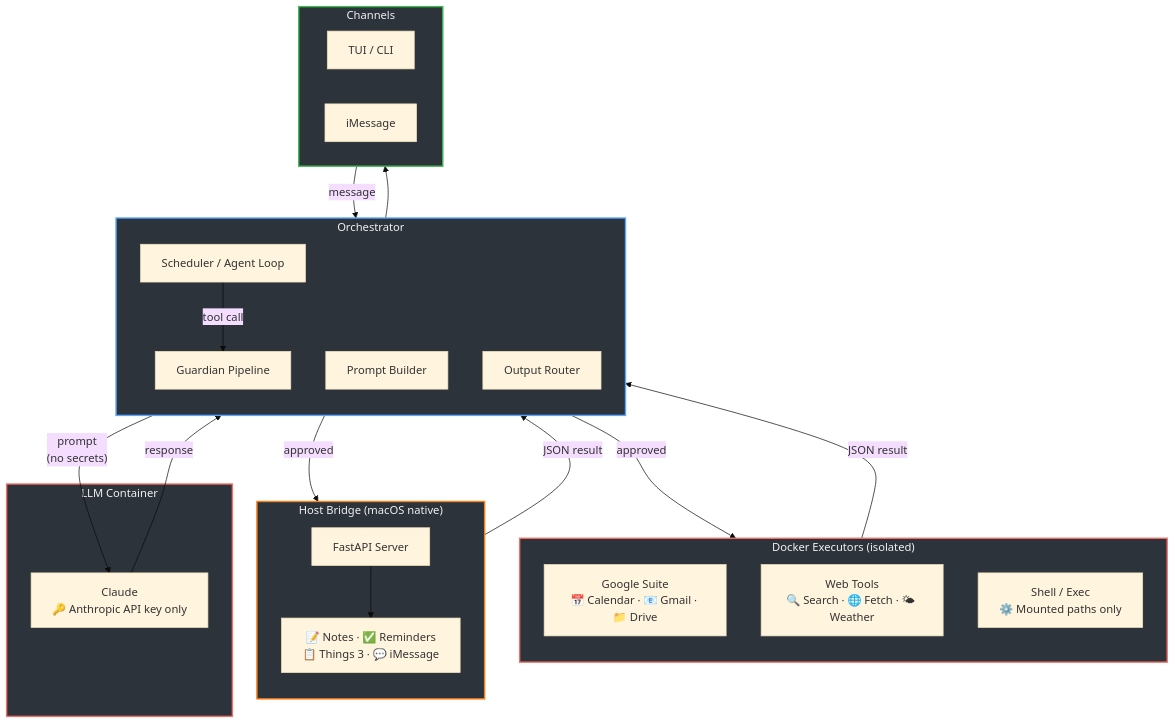
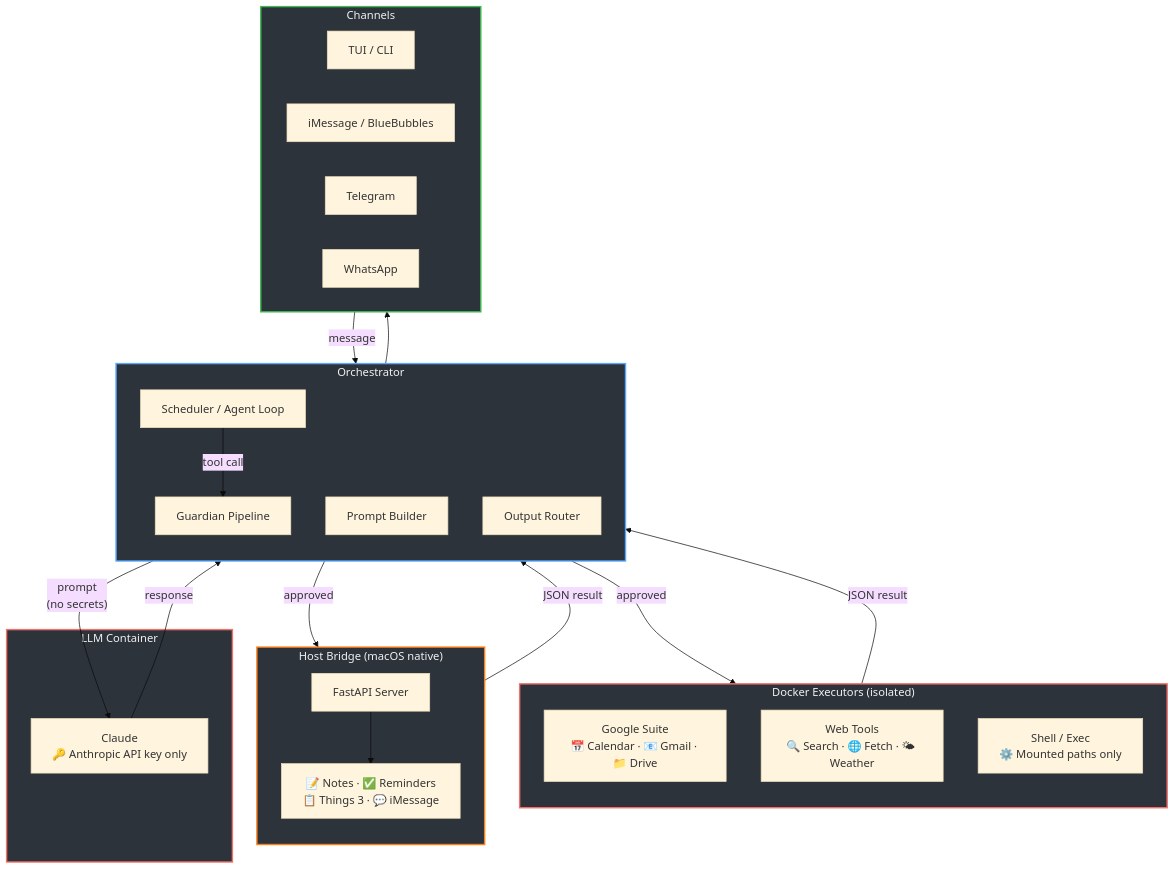
One commit to Creel-ai/creel changed the diagram in docs/architecture/overview.md. Above: the diagram before and after it, drawn with Mermaid (base theme). The commit also changed 3 other files, not shown here.

First line of the commit message:
docs: add channel plugin system architecture doc

````diff
--- a/docs/architecture/overview.md
+++ b/docs/architecture/overview.md
@@ -18,49 +18,51 @@
 ```mermaid
 flowchart TD
     subgraph orch["Orchestrator"]
         direction TB
         schedule["Scheduler / Agent Loop"]
         guardian["Guardian Pipeline"]
         template["Prompt Builder"]
         output["Output Router"]
     end
 
     subgraph containers["Docker Executors (isolated)"]
         direction TB
         google["Google Suite\n📅 Calendar · 📧 Gmail · 📁 Drive"]
         web["Web Tools\n🔍 Search · 🌐 Fetch · 🌤 Weather"]
         exec["Shell / Exec\n⚙️ Mounted paths only"]
     end
 
     subgraph bridge["Host Bridge (macOS native)"]
         direction TB
         bridge_api["FastAPI Server"]
         native["📝 Notes · ✅ Reminders\n📋 Things 3 · 💬 iMessage"]
     end
 
     subgraph llm_container["LLM Container"]
         llm["Claude\n🔑 Anthropic API key only"]
     end
 
     subgraph channels["Channels"]
         cli["TUI / CLI"]
-        imsg["iMessage"]
+        imsg["iMessage / BlueBubbles"]
+        tg["Telegram"]
+        wa["WhatsApp"]
     end
 
     channels -- "message" --> orch
     schedule -- "tool call" --> guardian
     guardian -- "approved" --> containers
     guardian -- "approved" --> bridge_api
     bridge_api --> native
     containers -- "JSON result" --> template
     bridge_api -- "JSON result" --> template
     template -- "prompt\n(no secrets)" --> llm
     llm -- "response" --> output
     output --> channels
 
     style containers fill:#2d333b,stroke:#f47067,stroke-width:2px,color:#f0f0f0
     style bridge fill:#2d333b,stroke:#fd7e14,stroke-width:2px,color:#f0f0f0
     style llm_container fill:#2d333b,stroke:#f47067,stroke-width:2px,color:#f0f0f0
     style orch fill:#2d333b,stroke:#58a6ff,stroke-width:2px,color:#f0f0f0
     style channels fill:#2d333b,stroke:#3fb950,stroke-width:2px,color:#f0f0f0
 ```
````
